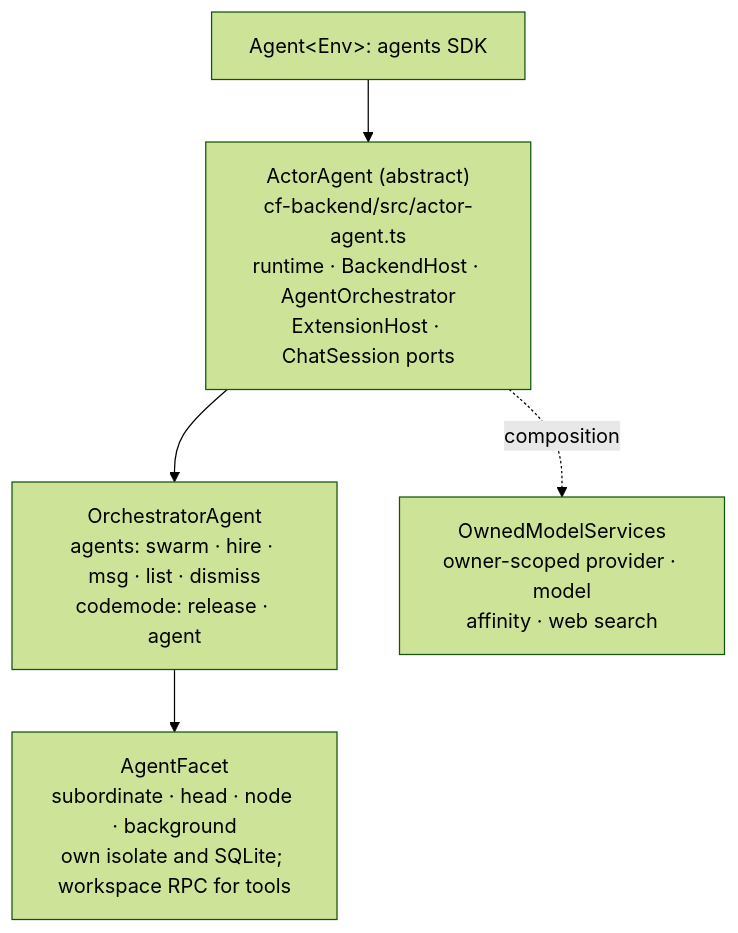
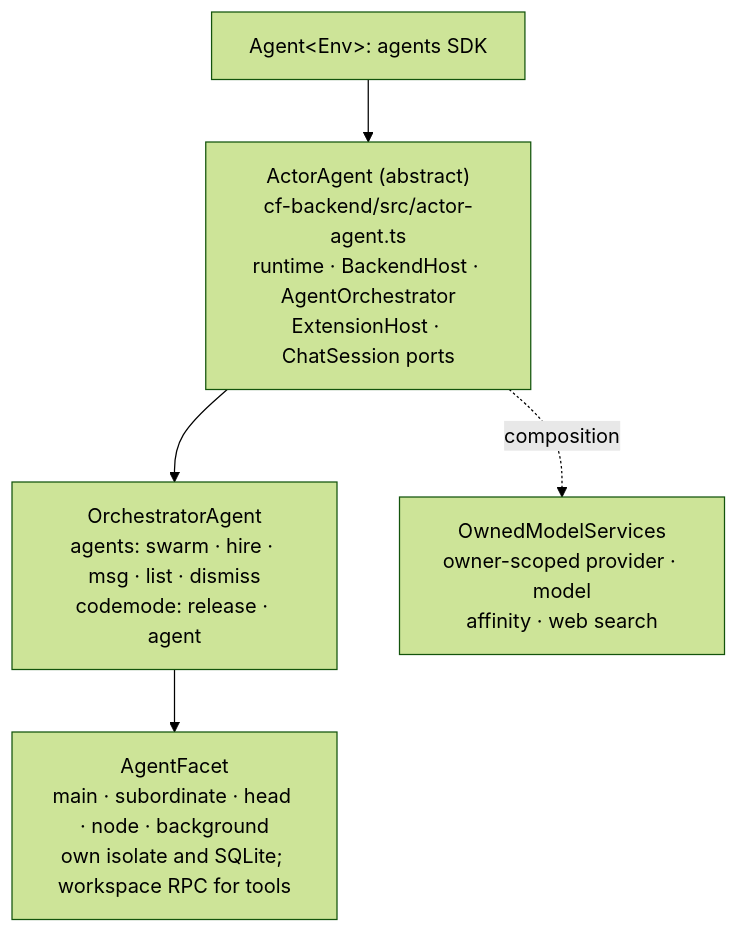
One commit to AshishKumar4/kinu changed the second of 5 diagrams in docs/ARCHITECTURE.md. Above: the diagram before and after it, drawn with Mermaid (forest theme). The commit also changed other lines of this file and 7 other files, not shown here.

First line of the commit message:
docs: every agent's turns, main's included, run in its own isolate

````diff
--- a/docs/ARCHITECTURE.md
+++ b/docs/ARCHITECTURE.md
@@ -70,13 +70,13 @@
 ```mermaid
 graph TB
     A["Agent&lt;Env&gt;: agents SDK"]
     AA["ActorAgent (abstract)<br/>cf-backend/src/actor-agent.ts<br/>runtime · BackendHost · AgentOrchestrator<br/>ExtensionHost · ChatSession ports"]
     O["OrchestratorAgent<br/>agents: swarm · hire · msg · list · dismiss<br/>codemode: release · agent"]
-    H["AgentFacet<br/>subordinate · head · node · background<br/>own isolate and SQLite; workspace RPC for tools"]
+    H["AgentFacet<br/>main · subordinate · head · node · background<br/>own isolate and SQLite; workspace RPC for tools"]
     OMS["OwnedModelServices<br/>owner-scoped provider · model<br/>affinity · web search"]
 
     A --> AA
     AA --> O
     O --> H
     AA -.->|composition| OMS
 ```
````
